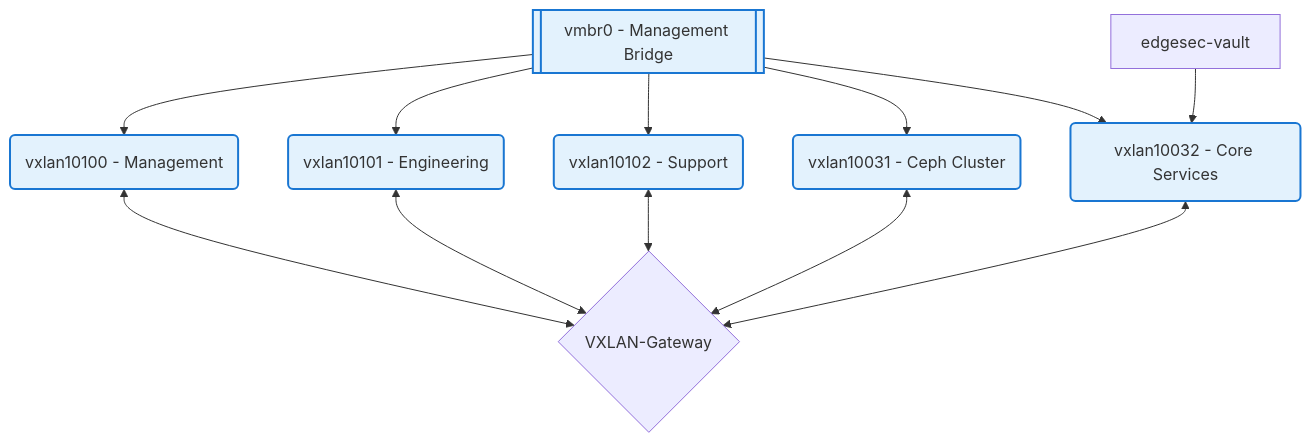
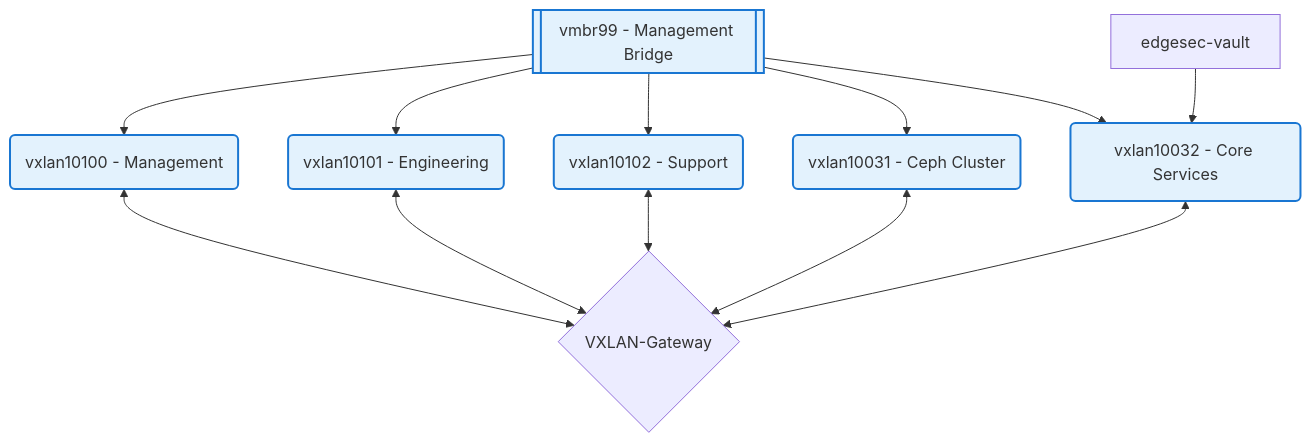
The second of 4 diagrams in README.md (CEP-Comwell/proxmox_addons), drawn with Mermaid before and after one commit. The commit also changed other lines of this file, not shown here.

Commit message:
updated readme with vmbr0 to vmbr99

````diff
--- a/README.md
+++ b/README.md
@@ -81,24 +81,24 @@
 ```mermaid
 graph TD
-MgmtBridge[[vmbr0 - Management Bridge]]
+MgmtBridge[[vmbr99 - Management Bridge]]
 VX10100(vxlan10100 - Management)
 VX10101(vxlan10101 - Engineering)
 VX10102(vxlan10102 - Support)
 VXCEPH2(vxlan10031 - Ceph Cluster)
 VX10032(vxlan10032 - Core Services)
 VaultVM[edgesec-vault]
 VXLANGW{VXLAN-Gateway}
 MgmtBridge --> VX10100
 MgmtBridge --> VX10101
 MgmtBridge --> VX10102
 MgmtBridge --> VXCEPH2
 MgmtBridge --> VX10032
 VaultVM --> VX10032
 VX10100 <--> VXLANGW
 VX10101 <--> VXLANGW
 VX10102 <--> VXLANGW
 VXCEPH2 <--> VXLANGW
 VX10032 <--> VXLANGW
 classDef mgmt fill:#e3f2fd,stroke:#1976d2,stroke-width:2px;
 class MgmtBridge,VX10100,VX10101,VX10102,VXCEPH2,VX10032 mgmt;
 ```
````
